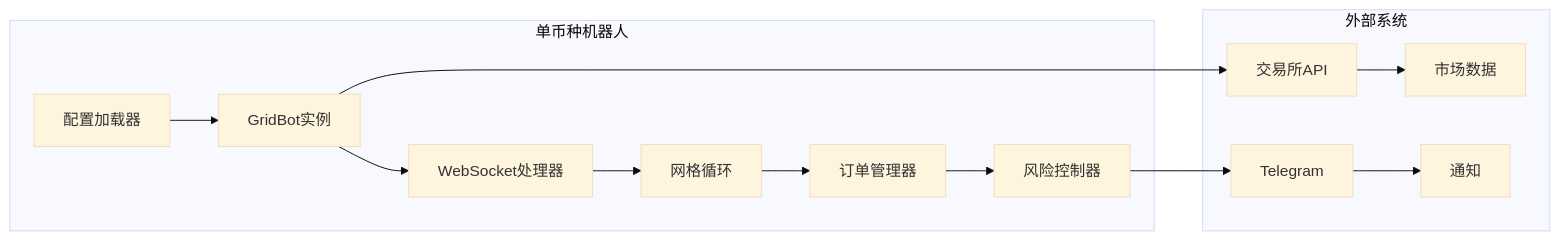
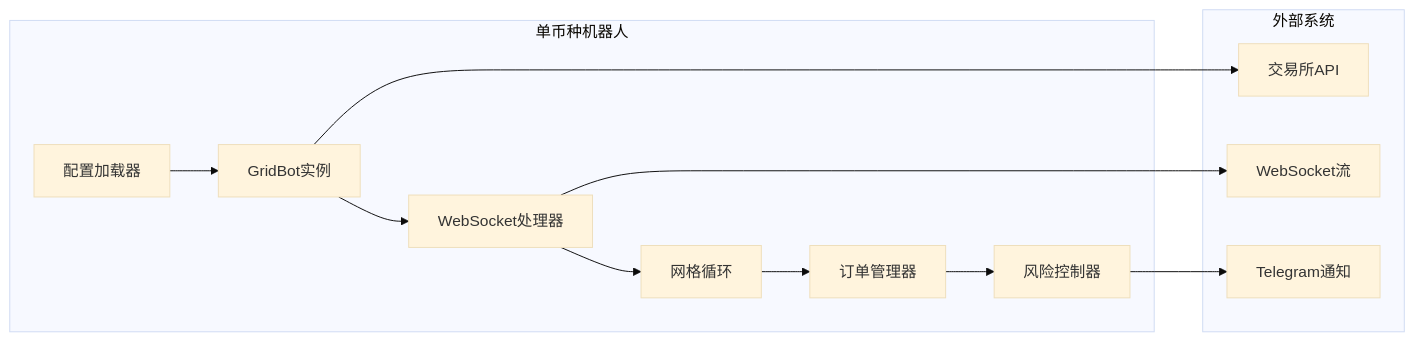
The second of 4 diagrams in docs/README_ZN.md (aoooeg/AS-Grid), drawn with Mermaid (base theme) before and after one commit. The commit also changed other lines of this file and 1 other file, not shown here.

Commit message:
Optimize Mermaid diagrams: improve readability and structure

````diff
--- a/docs/README_ZN.md
+++ b/docs/README_ZN.md
@@ -101,18 +107,20 @@
 ```mermaid
-graph LR
-    subgraph "单币种机器人"
+flowchart LR
+    subgraph Single["单币种机器人"]
         A1[配置加载器] --> B1[GridBot实例]
         B1 --> C1[WebSocket处理器]
         C1 --> D1[网格循环]
         D1 --> E1[订单管理器]
         E1 --> F1[风险控制器]
     end
-    
-    subgraph "外部系统"
-        G1[交易所API] --> H1[市场数据]
-        I1[Telegram] --> J1[通知]
+
+    subgraph External["外部系统"]
+        G1[交易所API]
+        H1[WebSocket流]
+        I1[Telegram通知]
     end
-    
+
     B1 --> G1
+    C1 --> H1
     F1 --> I1
 ```
````
